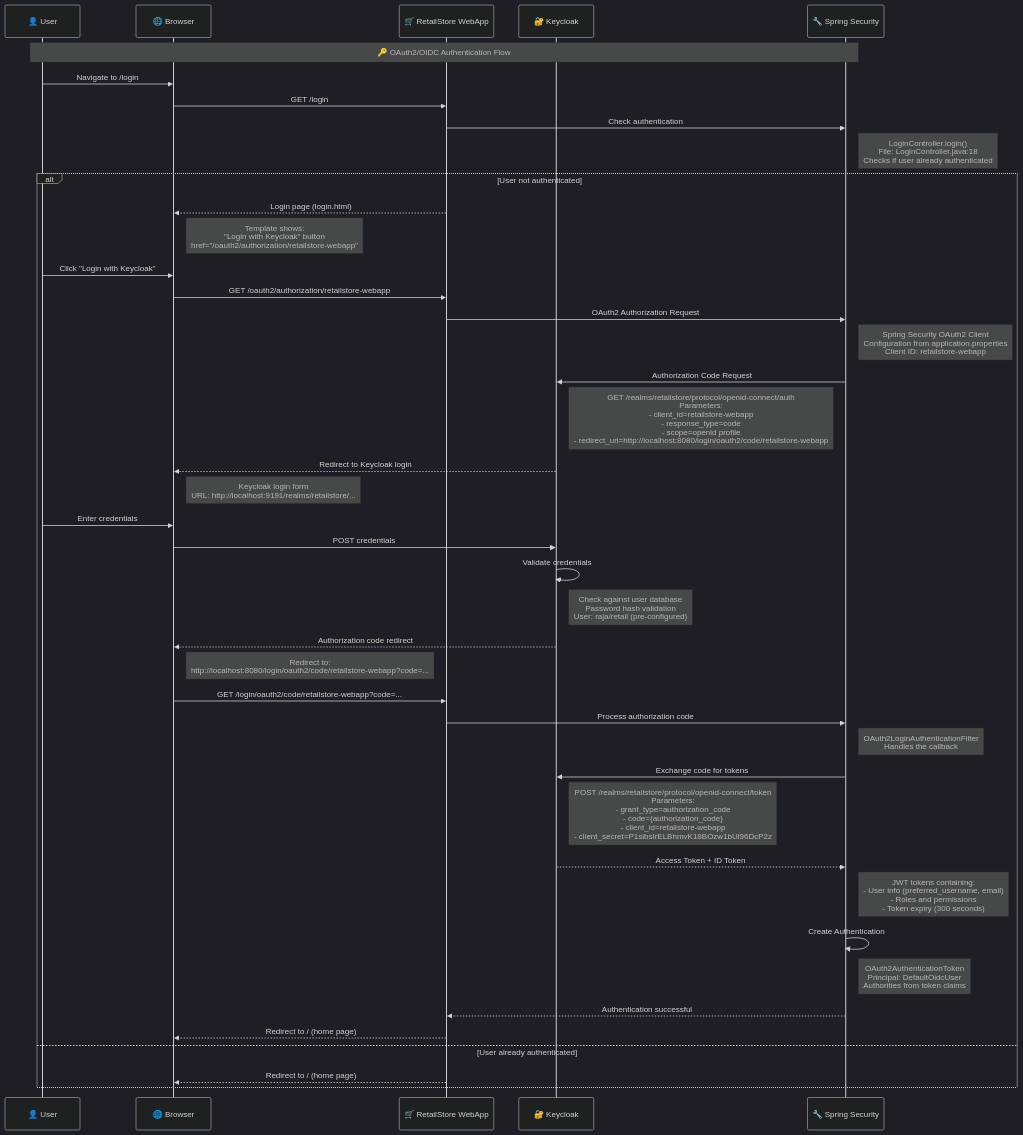
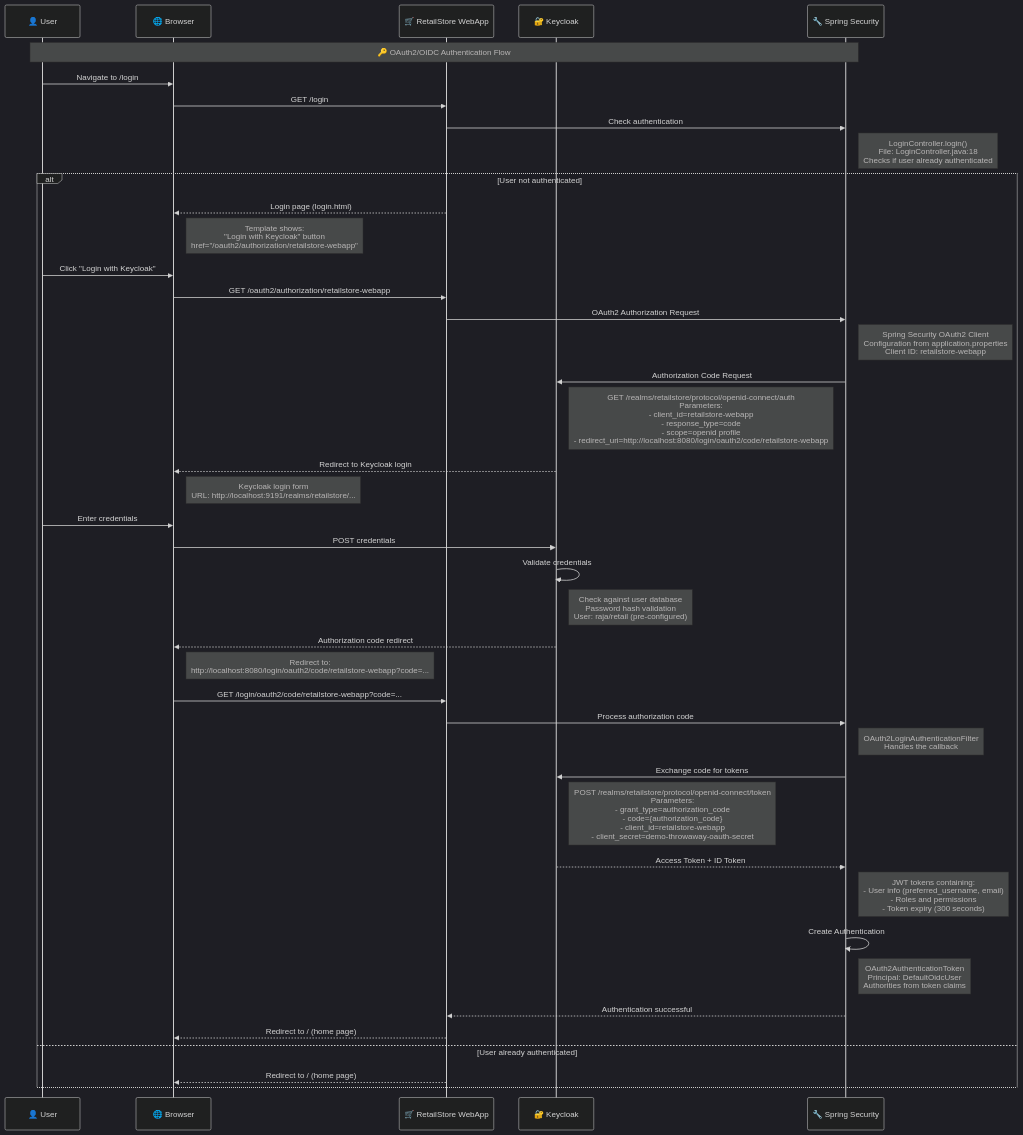
One commit to rajadilipkolli/spring-boot-microservices-series-v2 changed the second of 5 diagrams in retail-store-webapp/RetailStore-Authentication-Deep-Dive.md. Above: the diagram before and after it, drawn with Mermaid (dark theme). The commit also changed other lines of this file and 55 other files, not shown here.

````diff
--- a/retail-store-webapp/RetailStore-Authentication-Deep-Dive.md
+++ b/retail-store-webapp/RetailStore-Authentication-Deep-Dive.md
@@ -132,62 +132,62 @@
 ```mermaid
 sequenceDiagram
     participant User as 👤 User
     participant Browser as 🌐 Browser
     participant WebApp as 🛒 RetailStore WebApp
     participant KC as 🔐 Keycloak
     participant Spring as 🔧 Spring Security
 
     Note over User, Spring: 🔑 OAuth2/OIDC Authentication Flow
 
     User->>Browser: Navigate to /login
     Browser->>WebApp: GET /login
     
     WebApp->>Spring: Check authentication
     Note right of Spring: LoginController.login()<br/>File: LoginController.java:18<br/>Checks if user already authenticated
     
     alt User not authenticated
         WebApp-->>Browser: Login page (login.html)
         Note right of Browser: Template shows:<br/>"Login with Keycloak" button<br/>href="/oauth2/authorization/retailstore-webapp"
         
         User->>Browser: Click "Login with Keycloak"
         Browser->>WebApp: GET /oauth2/authorization/retailstore-webapp
         
         WebApp->>Spring: OAuth2 Authorization Request
         Note right of Spring: Spring Security OAuth2 Client<br/>Configuration from application.properties<br/>Client ID: retailstore-webapp
         
         Spring->>KC: Authorization Code Request
         Note right of KC: GET /realms/retailstore/protocol/openid-connect/auth<br/>Parameters:<br/>- client_id=retailstore-webapp<br/>- response_type=code<br/>- scope=openid profile<br/>- redirect_uri=http://localhost:8080/login/oauth2/code/retailstore-webapp
         
         KC-->>Browser: Redirect to Keycloak login
         Note right of Browser: Keycloak login form<br/>URL: http://localhost:9191/realms/retailstore/...
         
         User->>Browser: Enter credentials
         Browser->>KC: POST credentials
         
         KC->>KC: Validate credentials
         Note right of KC: Check against user database<br/>Password hash validation<br/>User: raja/retail (pre-configured)
         
         KC-->>Browser: Authorization code redirect
         Note right of Browser: Redirect to:<br/>http://localhost:8080/login/oauth2/code/retailstore-webapp?code=...
         
         Browser->>WebApp: GET /login/oauth2/code/retailstore-webapp?code=...
         
         WebApp->>Spring: Process authorization code
         Note right of Spring: OAuth2LoginAuthenticationFilter<br/>Handles the callback
         
         Spring->>KC: Exchange code for tokens
-        Note right of KC: POST /realms/retailstore/protocol/openid-connect/token<br/>Parameters:<br/>- grant_type=authorization_code<br/>- code={authorization_code}<br/>- client_id=retailstore-webapp<br/>- client_secret=P1sibsIrELBhmvK18BOzw1bUl96DcP2z
+        Note right of KC: POST /realms/retailstore/protocol/openid-connect/token<br/>Parameters:<br/>- grant_type=authorization_code<br/>- code={authorization_code}<br/>- client_id=retailstore-webapp<br/>- client_secret=demo-throwaway-oauth-secret
         
         KC-->>Spring: Access Token + ID Token
         Note right of Spring: JWT tokens containing:<br/>- User info (preferred_username, email)<br/>- Roles and permissions<br/>- Token expiry (300 seconds)
         
         Spring->>Spring: Create Authentication
         Note right of Spring: OAuth2AuthenticationToken<br/>Principal: DefaultOidcUser<br/>Authorities from token claims
         
         Spring-->>WebApp: Authentication successful
         WebApp-->>Browser: Redirect to / (home page)
         
     else User already authenticated
         WebApp-->>Browser: Redirect to / (home page)
     end
 ```
````
